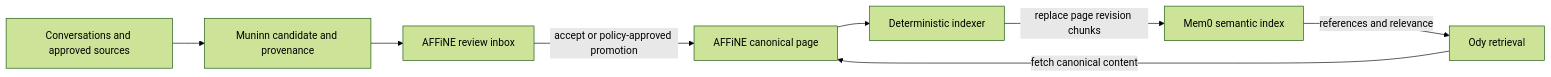
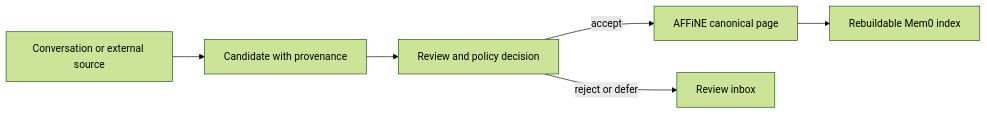
One commit to wan0net/asgard changed the third of 4 diagrams in docs/architecture.md. Above: the diagram before and after it, drawn with Mermaid (forest theme). The commit also changed other lines of this file and 4 other files, not shown here.

Commit message:
Simplify architecture flows and approvals

````diff
--- a/docs/architecture.md
+++ b/docs/architecture.md
@@ -270,18 +128,8 @@
 ```mermaid
 flowchart LR
-    Sources["Conversations and approved sources"]
-    Candidate["Muninn candidate and provenance"]
-    Inbox["AFFiNE review inbox"]
-    Canon["AFFiNE canonical page"]
-    Indexer["Deterministic indexer"]
-    Search["Mem0 semantic index"]
-    Ody["Ody retrieval"]
-
-    Sources --> Candidate
-    Candidate --> Inbox
-    Inbox -->|"accept or policy-approved promotion"| Canon
-    Canon --> Indexer
-    Indexer -->|"replace page revision chunks"| Search
-    Search -->|"references and relevance"| Ody
-    Ody -->|"fetch canonical content"| Canon
+    Source["Conversation or external source"] --> Candidate["Candidate with provenance"]
+    Candidate --> Review["Review and policy decision"]
+    Review -->|"accept"| Affine["AFFiNE canonical page"]
+    Review -->|"reject or defer"| Inbox["Review inbox"]
+    Affine --> Index["Rebuildable Mem0 index"]
 ```
````
